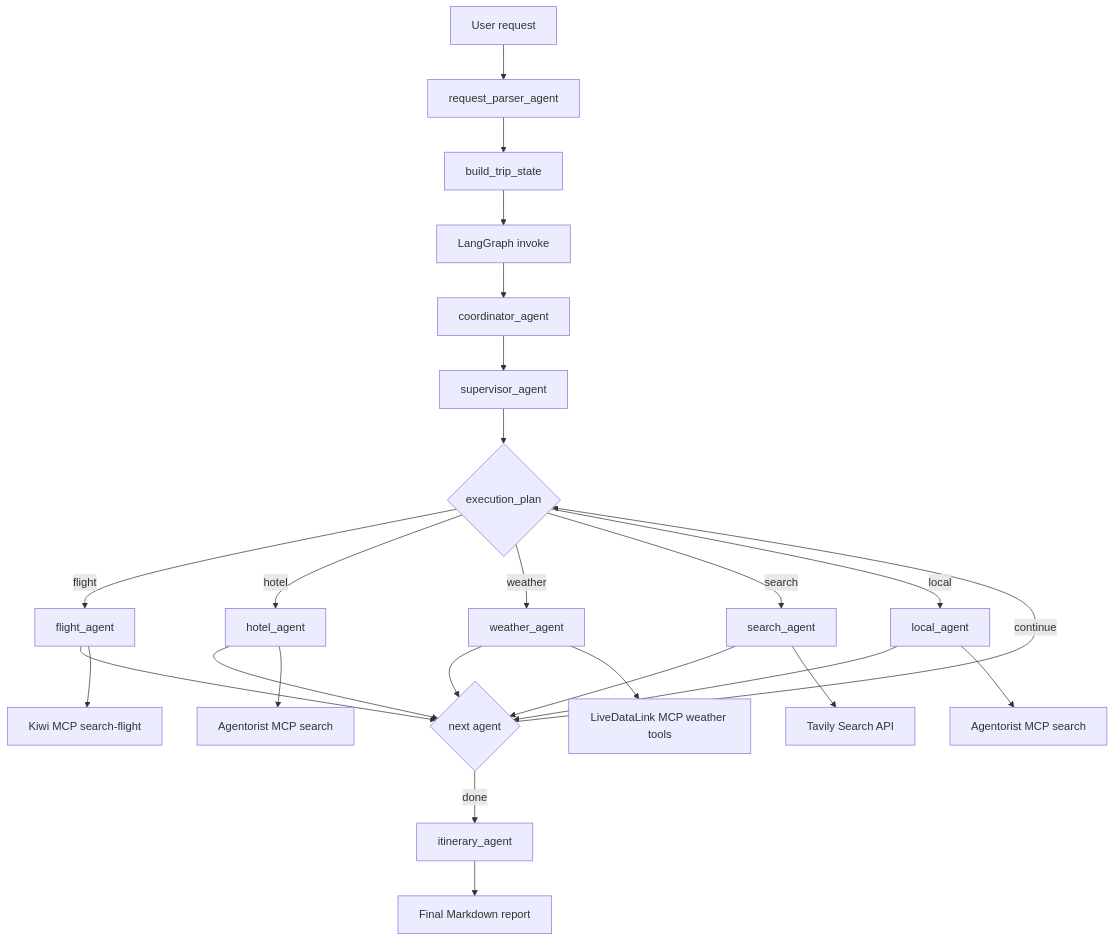
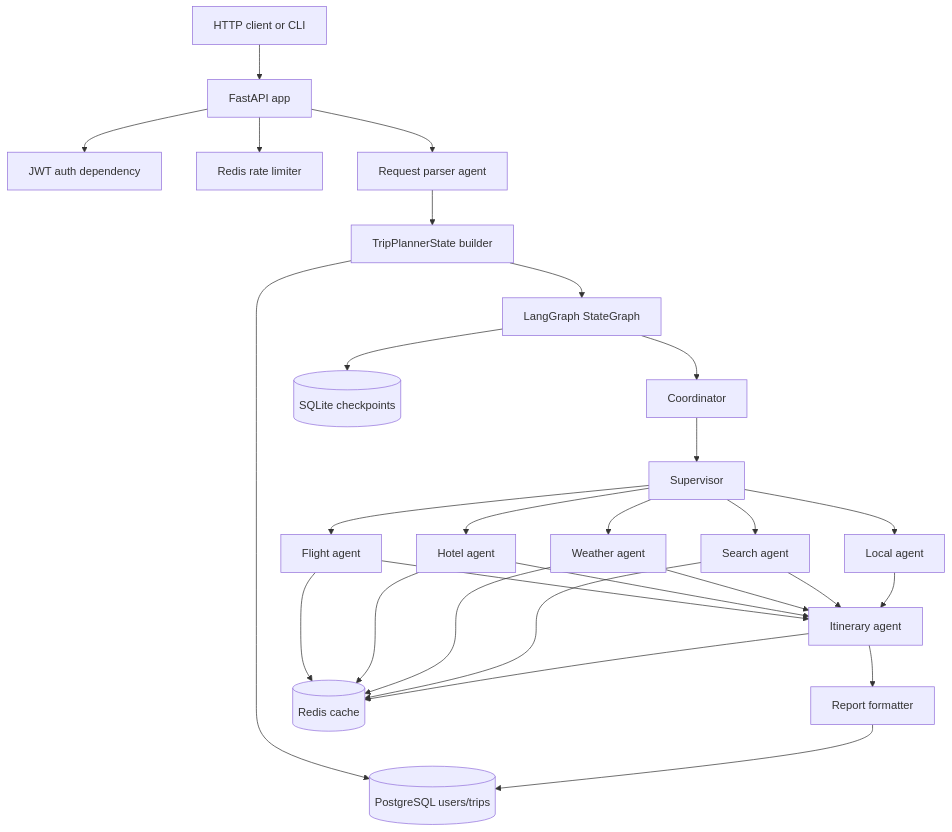
One commit to PrayasP29/Travel_Agentic_System changed the first of 3 diagrams in README.md. Above: the diagram before and after it, drawn with Mermaid. The commit also changed other lines of this file, not shown here.

````diff
--- a/README.md
+++ b/README.md
@@ -36,28 +87,30 @@
 ```mermaid
 flowchart TD
-    A[User request] --> B[request_parser_agent]
-    B --> C[build_trip_state]
-    C --> D[LangGraph invoke]
-    D --> E[coordinator_agent]
-    E --> F[supervisor_agent]
-    F --> G{execution_plan}
-    G -->|flight| H[flight_agent]
-    G -->|hotel| I[hotel_agent]
-    G -->|weather| J[weather_agent]
-    G -->|search| K[search_agent]
-    G -->|local| L[local_agent]
-    H --> M{next agent}
-    I --> M
-    J --> M
-    K --> M
-    L --> M
-    M -->|continue| G
-    M -->|done| N[itinerary_agent]
-    N --> O[Final Markdown report]
-
-    H --> H1[Kiwi MCP search-flight]
-    I --> I1[Agentorist MCP search]
-    J --> J1[LiveDataLink MCP weather tools]
-    K --> K1[Tavily Search API]
-    L --> L1[Agentorist MCP search]
+    Client[HTTP client or CLI] --> API[FastAPI app]
+    API --> Auth[JWT auth dependency]
+    API --> RateLimit[Redis rate limiter]
+    API --> Parser[Request parser agent]
+    Parser --> StateBuilder[TripPlannerState builder]
+    StateBuilder --> TripDB[(PostgreSQL users/trips)]
+    StateBuilder --> Graph[LangGraph StateGraph]
+    Graph --> Coordinator[Coordinator]
+    Coordinator --> Supervisor[Supervisor]
+    Supervisor --> Flight[Flight agent]
+    Supervisor --> Hotel[Hotel agent]
+    Supervisor --> Weather[Weather agent]
+    Supervisor --> Search[Search agent]
+    Supervisor --> Local[Local agent]
+    Flight --> Itinerary[Itinerary agent]
+    Hotel --> Itinerary
+    Weather --> Itinerary
+    Search --> Itinerary
+    Local --> Itinerary
+    Itinerary --> Formatter[Report formatter]
+    Formatter --> TripDB
+    Graph --> Checkpoints[(SQLite checkpoints)]
+    Flight --> Redis[(Redis cache)]
+    Hotel --> Redis
+    Weather --> Redis
+    Search --> Redis
+    Itinerary --> Redis
 ```
````
